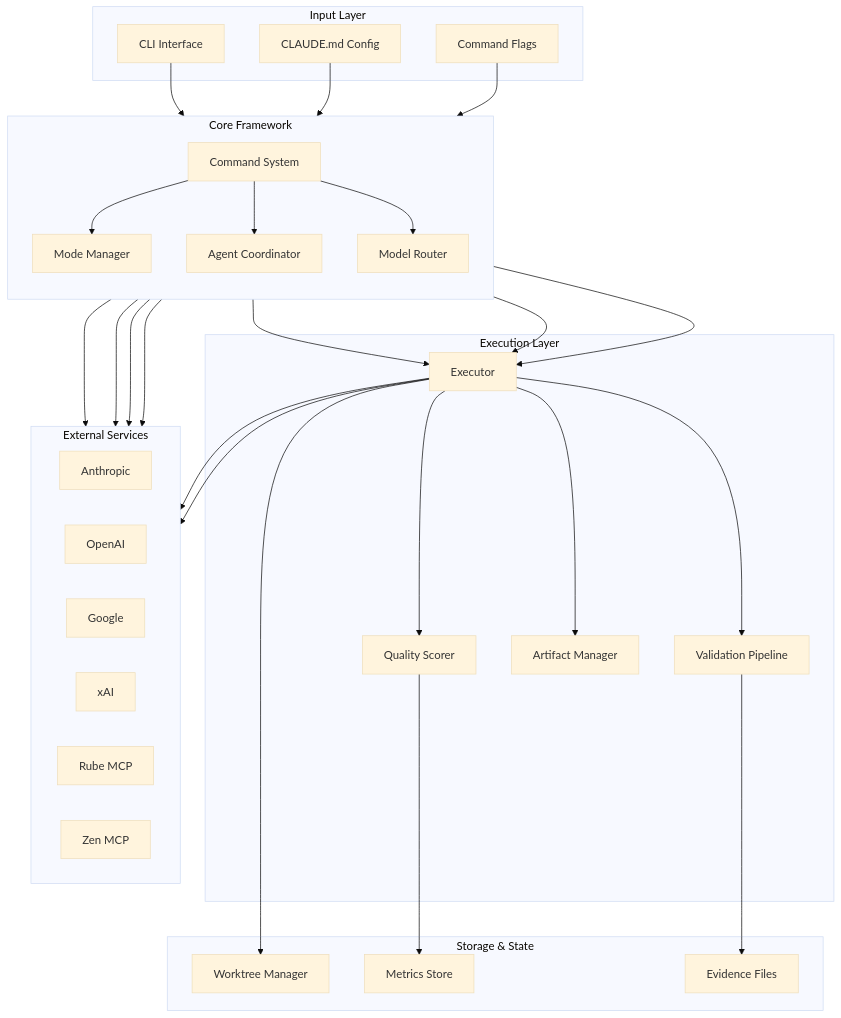
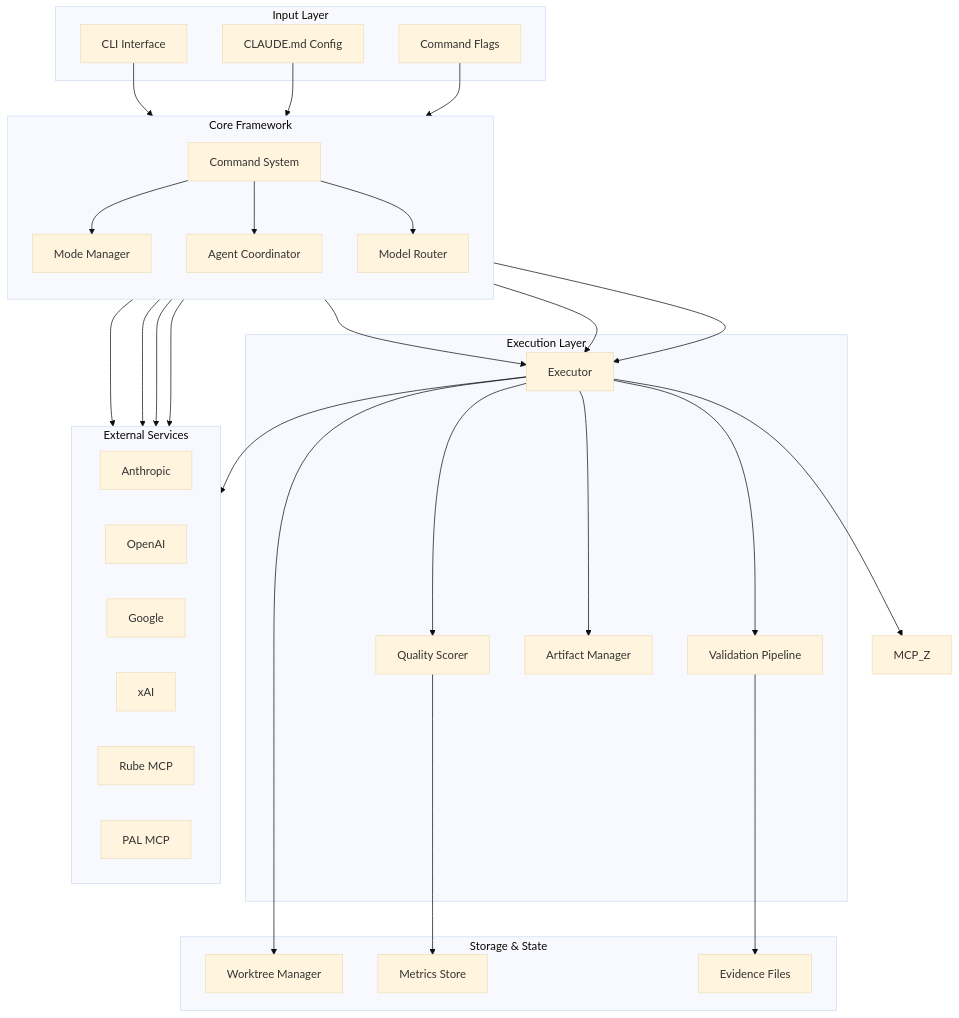
One commit to Tony363/SuperClaude changed the second of 16 diagrams in README.md. Above: the diagram before and after it, drawn with Mermaid (base theme). The commit also changed other lines of this file and 28 other files, not shown here.

````diff
--- a/README.md
+++ b/README.md
@@ -80,67 +80,67 @@
 ```mermaid
 flowchart TB
     subgraph Input["Input Layer"]
         CLI[CLI Interface]
         CLAUDE_MD[CLAUDE.md Config]
         Flags[Command Flags]
     end
 
     subgraph Core["Core Framework"]
         direction TB
         CMD[Command System]
         MODE[Mode Manager]
         AGENT[Agent Coordinator]
         ROUTER[Model Router]
     end
 
     subgraph Execution["Execution Layer"]
         EXEC[Executor]
         QUAL[Quality Scorer]
         VALID[Validation Pipeline]
         ARTIFACT[Artifact Manager]
     end
 
     subgraph External["External Services"]
         direction LR
         API_A[Anthropic]
         API_O[OpenAI]
         API_G[Google]
         API_X[xAI]
         MCP_R[Rube MCP]
-        MCP_Z[Zen MCP]
+        MCP_P[PAL MCP]
     end
 
     subgraph Storage["Storage & State"]
         WORKTREE[Worktree Manager]
         METRICS[Metrics Store]
         EVIDENCE[Evidence Files]
     end
 
     CLI --> CMD
     CLAUDE_MD --> CMD
     Flags --> CMD
 
     CMD --> MODE
     CMD --> AGENT
     CMD --> ROUTER
 
     MODE --> EXEC
     AGENT --> EXEC
     ROUTER --> EXEC
 
     EXEC --> QUAL
     EXEC --> VALID
     EXEC --> ARTIFACT
 
     ROUTER --> API_A
     ROUTER --> API_O
     ROUTER --> API_G
     ROUTER --> API_X
 
     EXEC --> MCP_R
     EXEC --> MCP_Z
 
     EXEC --> WORKTREE
     QUAL --> METRICS
     VALID --> EVIDENCE
 ```
````
